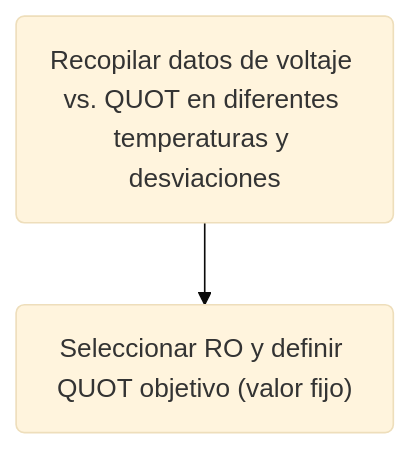
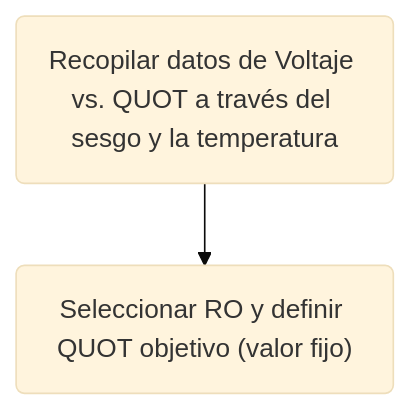
One commit to linyuxuanlin/Wiki_MkDocs changed the first of 5 diagrams in docs/es/MkDocs测试实验室.md. Above: the diagram before and after it, drawn with Mermaid (base theme). The commit also changed other lines of this file and 31 other files, not shown here.

````diff
--- a/docs/es/MkDocs测试实验室.md
+++ b/docs/es/MkDocs测试实验室.md
@@ -9,6 +9,6 @@
 ```mermaid
 graph TD
-    a1("Recopilar datos de voltaje vs. QUOT en diferentes temperaturas y desviaciones")
+    a1("Recopilar datos de Voltaje vs. QUOT a través del sesgo y la temperatura")
     a2("Seleccionar RO y definir QUOT objetivo (valor fijo)")
     a1-->a2
 ```
````
